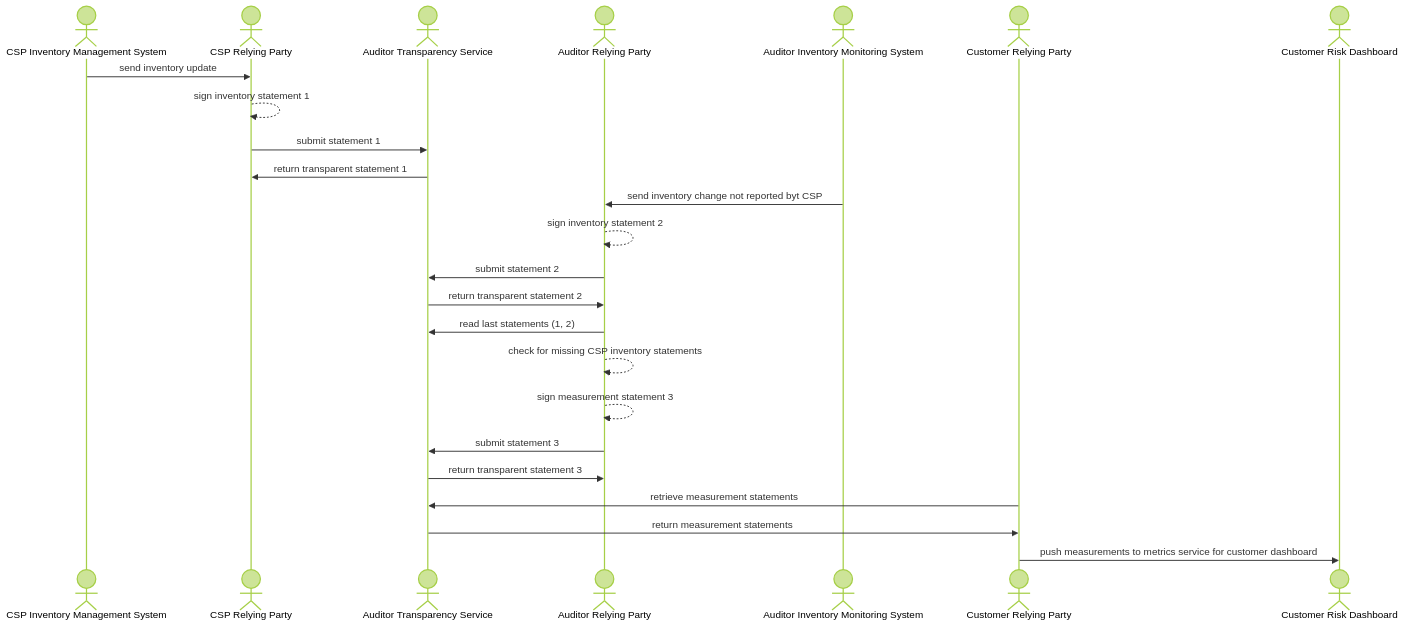
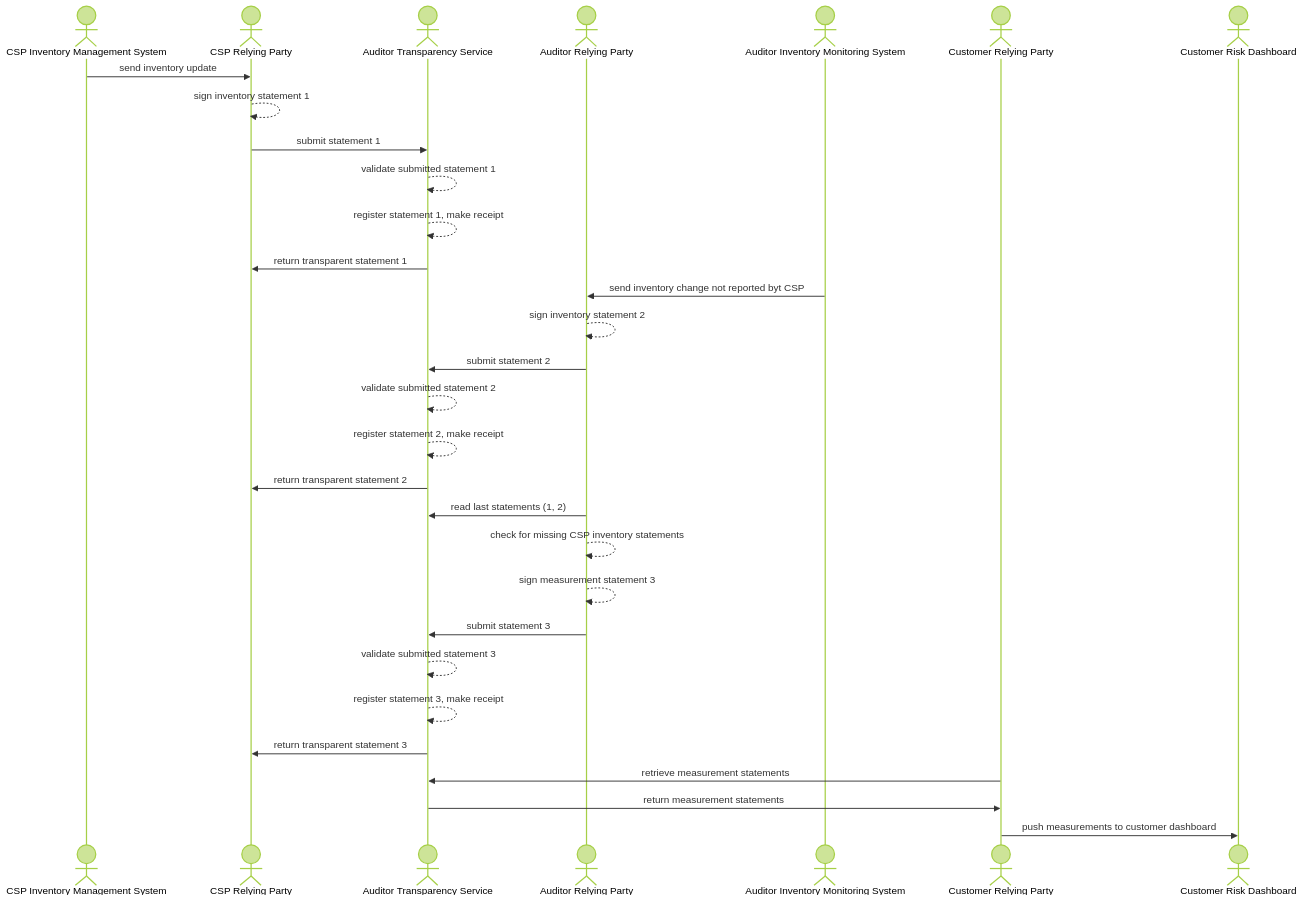
Before and after one commit to aj-stein/conmotion: the diagram in docs/use-case_inventory.mmd, drawn with Mermaid (forest theme). The commit also changed 1 other file, not shown here.

Commit message:
Update more detail for TS operations on inventory UC flow

```diff
--- a/docs/use-case_inventory.mmd
+++ b/docs/use-case_inventory.mmd
@@ -1,24 +1,30 @@
   sequenceDiagram
           actor CSP_IMS as CSP Inventory Management System
           actor CSP_RP as CSP Relying Party
           actor AUDITOR_TS as Auditor Transparency Service
           actor AUDITOR_RP as Auditor Relying Party
           actor AUDITOR_IMS as Auditor Inventory Monitoring System
           actor CUSTOMER_RP as Customer Relying Party
           actor CUSTOMER_GRC as Customer Risk Dashboard
           CSP_IMS->>CSP_RP: send inventory update
           CSP_RP-->>CSP_RP: sign inventory statement 1
           CSP_RP->>AUDITOR_TS: submit statement 1
+          AUDITOR_TS-->>AUDITOR_TS: validate submitted statement 1
+          AUDITOR_TS-->>AUDITOR_TS: register statement 1, make receipt
           AUDITOR_TS->>CSP_RP: return transparent statement 1
           AUDITOR_IMS->>AUDITOR_RP: send inventory change not reported byt CSP
           AUDITOR_RP-->>AUDITOR_RP: sign inventory statement 2
           AUDITOR_RP->>AUDITOR_TS: submit statement 2
-          AUDITOR_TS->>AUDITOR_RP: return transparent statement 2
+          AUDITOR_TS-->>AUDITOR_TS: validate submitted statement 2
+          AUDITOR_TS-->>AUDITOR_TS: register statement 2, make receipt
+          AUDITOR_TS->>CSP_RP: return transparent statement 2
           AUDITOR_RP->>AUDITOR_TS: read last statements (1, 2)
           AUDITOR_RP-->>AUDITOR_RP: check for missing CSP inventory statements
           AUDITOR_RP-->>AUDITOR_RP: sign measurement statement 3
           AUDITOR_RP->>AUDITOR_TS: submit statement 3
-          AUDITOR_TS->>AUDITOR_RP: return transparent statement 3
+          AUDITOR_TS-->>AUDITOR_TS: validate submitted statement 3
+          AUDITOR_TS-->>AUDITOR_TS: register statement 3, make receipt
+          AUDITOR_TS->>CSP_RP: return transparent statement 3
           CUSTOMER_RP->>AUDITOR_TS: retrieve measurement statements
           AUDITOR_TS->>CUSTOMER_RP: return measurement statements
-          CUSTOMER_RP->>CUSTOMER_GRC: push measurements to metrics service for customer dashboard 
+          CUSTOMER_RP->>CUSTOMER_GRC: push measurements to customer dashboard 
```
